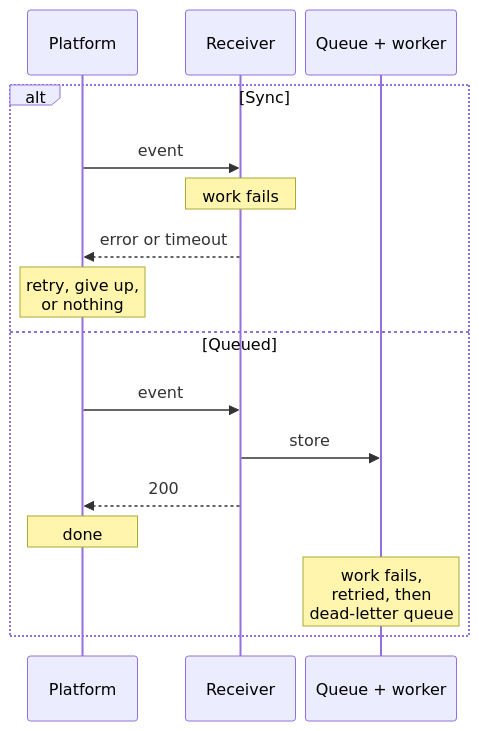
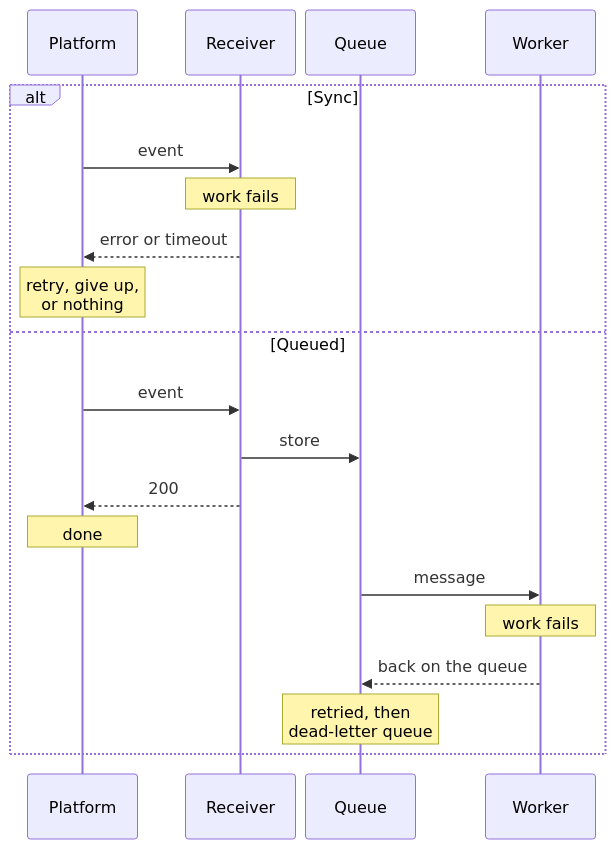
One commit to jacoblindev/jacoblindev.github.io changed the third of 4 diagrams in docs/notes/webhooks-sync-or-queue/index.md. Above: the diagram before and after it, drawn with Mermaid.

Commit message:
Post: queue and worker as separate columns in the retry diagram

````diff
--- a/docs/notes/webhooks-sync-or-queue/index.md
+++ b/docs/notes/webhooks-sync-or-queue/index.md
@@ -153,28 +153,32 @@
 ```mermaid
 ---
 config:
   sequence:
     actorMargin: 10
     width: 110
     noteMargin: 6
     messageMargin: 30
 ---
 sequenceDiagram
     accTitle: Who owns the retry, in each design
-    accDescr: In the sync design the receiver does the work inside the request; when it fails, the receiver answers with an error or times out, and the platform decides whether to retry, give up or do nothing. In the queued design the receiver stores the event and answers 200, so the platform is done; when the work fails, the message is retried from the queue and then moved to the dead-letter queue.
+    accDescr: In the sync design the receiver does the work inside the request; when it fails, the receiver answers with an error or times out, and the platform decides whether to retry, give up or do nothing. In the queued design the receiver stores the event and answers 200, so the platform is done; a worker takes the message from the queue, the work fails, and the message goes back to the queue to be retried, then moves to the dead-letter queue.
     participant P as Platform
     participant R as Receiver
-    participant Q as Queue + worker
+    participant Q as Queue
+    participant W as Worker
     alt Sync
         P->>R: event
         Note over R: work fails
         R-->>P: error or timeout
         Note over P: retry, give up,<br/>or nothing
     else Queued
         P->>R: event
         R->>Q: store
         R-->>P: 200
         Note over P: done
-        Note over Q: work fails,<br/>retried, then<br/>dead-letter queue
+        Q->>W: message
+        Note over W: work fails
+        W-->>Q: back on the queue
+        Note over Q: retried, then<br/>dead-letter queue
     end
 ```
````
